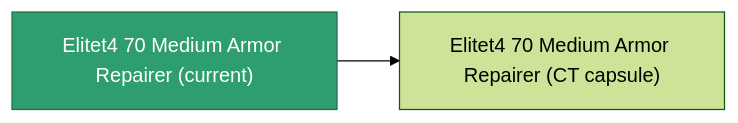
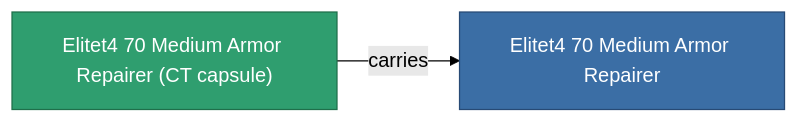
Before and after one commit to OpenPerpetuum/Wiki: the diagram in content/content/items/elitet4_70_medium_armor_repairer.md, drawn with Mermaid (forest theme). The commit also changed other lines of this file and 2015 other files, not shown here.

````diff
--- a/content/content/items/elitet4_70_medium_armor_repairer.md
+++ b/content/content/items/elitet4_70_medium_armor_repairer.md
@@ -36,8 +36,9 @@
 ```mermaid
 graph LR
-    a["Elitet4 70 Medium Armor Repairer (current)"]:::current
-    b["Elitet4 70 Medium Armor Repairer (CT capsule)"]
-    a --> b
-    click b "/content/items/elitet4-70-medium-armor-repairer-ct-capsule/" "Elitet4 70 Medium Armor Repairer (CT capsule)"
+    a["Elitet4 70 Medium Armor Repairer (CT capsule)"]:::current
+    b["Elitet4 70 Medium Armor Repairer"]:::finished
+    a -->|carries| b
+                click b "/content/items/elitet4-70-medium-armor-repairer/" "Elitet4 70 Medium Armor Repairer"
     classDef current fill:#2f9e6f,stroke:#1f6f4a,color:#ffffff
+    classDef finished fill:#3b6ea5,stroke:#274a75,color:#ffffff
 ```
````
